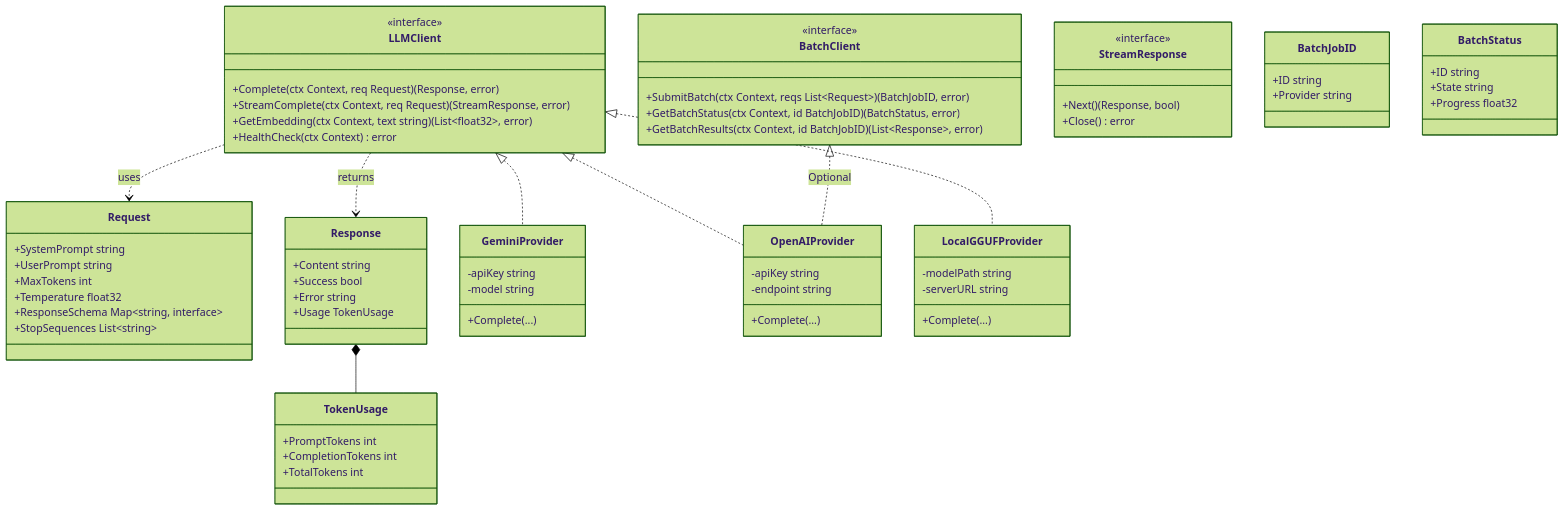
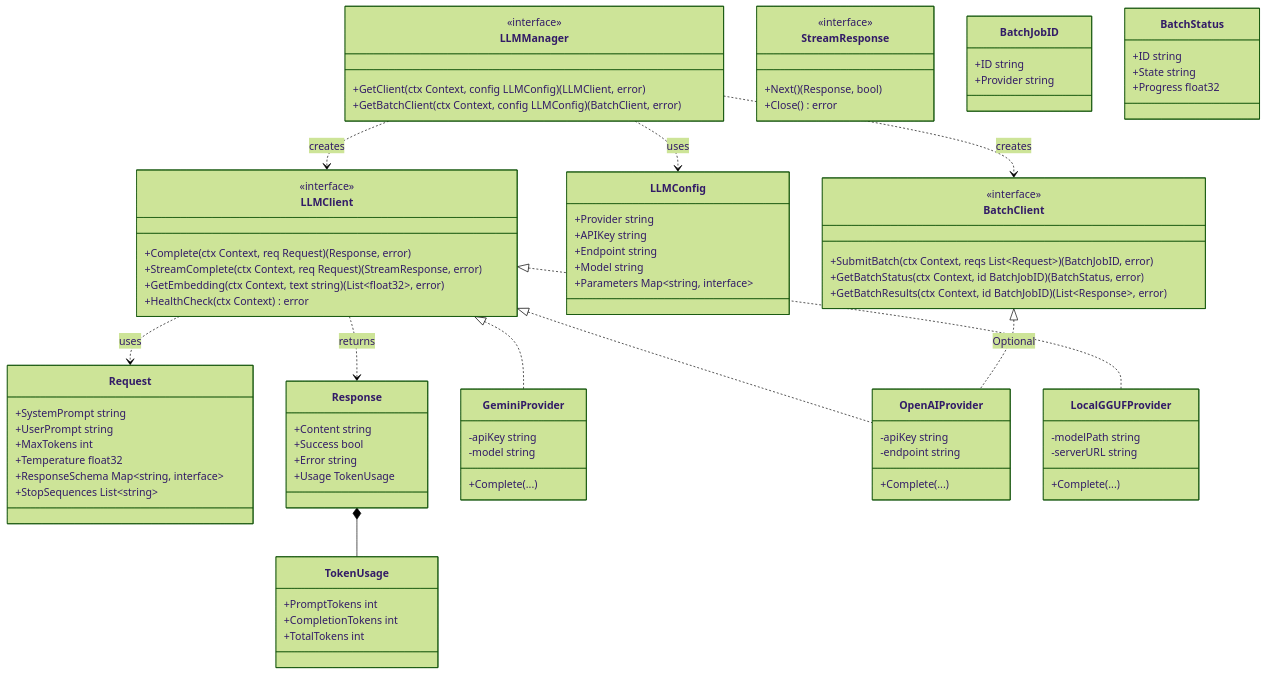
Before and after one commit to ishibata91/ai-translation-engine-2: the diagram in openspec/specs/LLMClient/llm_client_class_diagram.md, drawn with Mermaid (forest theme). The commit also changed 3 other files, not shown here.

````diff
--- a/openspec/specs/LLMClient/llm_client_class_diagram.md
+++ b/openspec/specs/LLMClient/llm_client_class_diagram.md
@@ -8,6 +8,20 @@
         +StreamComplete(ctx Context, req Request) (StreamResponse, error)
         +GetEmbedding(ctx Context, text string) (List~float32~, error)
         +HealthCheck(ctx Context) error
+    }
+
+    class LLMManager {
+        <<interface>>
+        +GetClient(ctx Context, config LLMConfig) (LLMClient, error)
+        +GetBatchClient(ctx Context, config LLMConfig) (BatchClient, error)
+    }
+
+    class LLMConfig {
+        +Provider string
+        +APIKey string
+        +Endpoint string
+        +Model string
+        +Parameters Map~string, interface~
     }
 
     class BatchClient {
@@ -83,4 +97,8 @@
     LLMClient ..> Request : uses
     LLMClient ..> Response : returns
     Response *-- TokenUsage
+    
+    LLMManager ..> LLMClient : creates
+    LLMManager ..> BatchClient : creates
+    LLMManager ..> LLMConfig : uses
 ```
````
